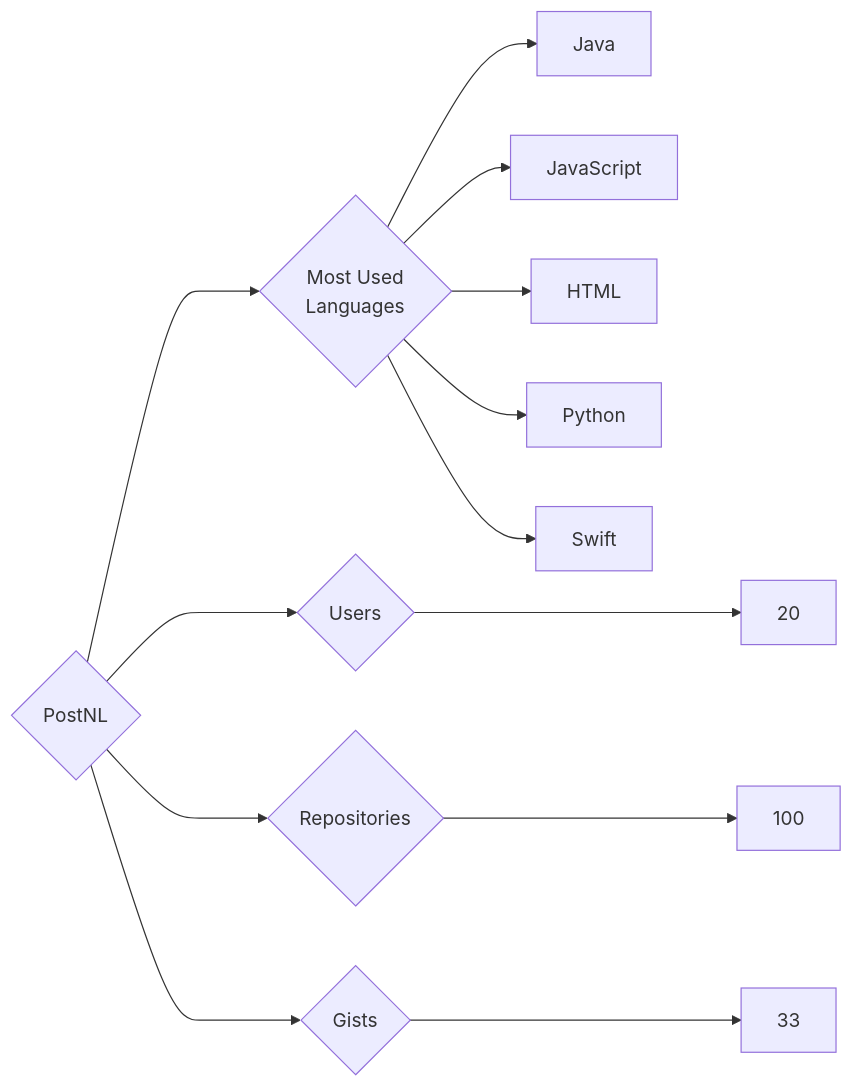
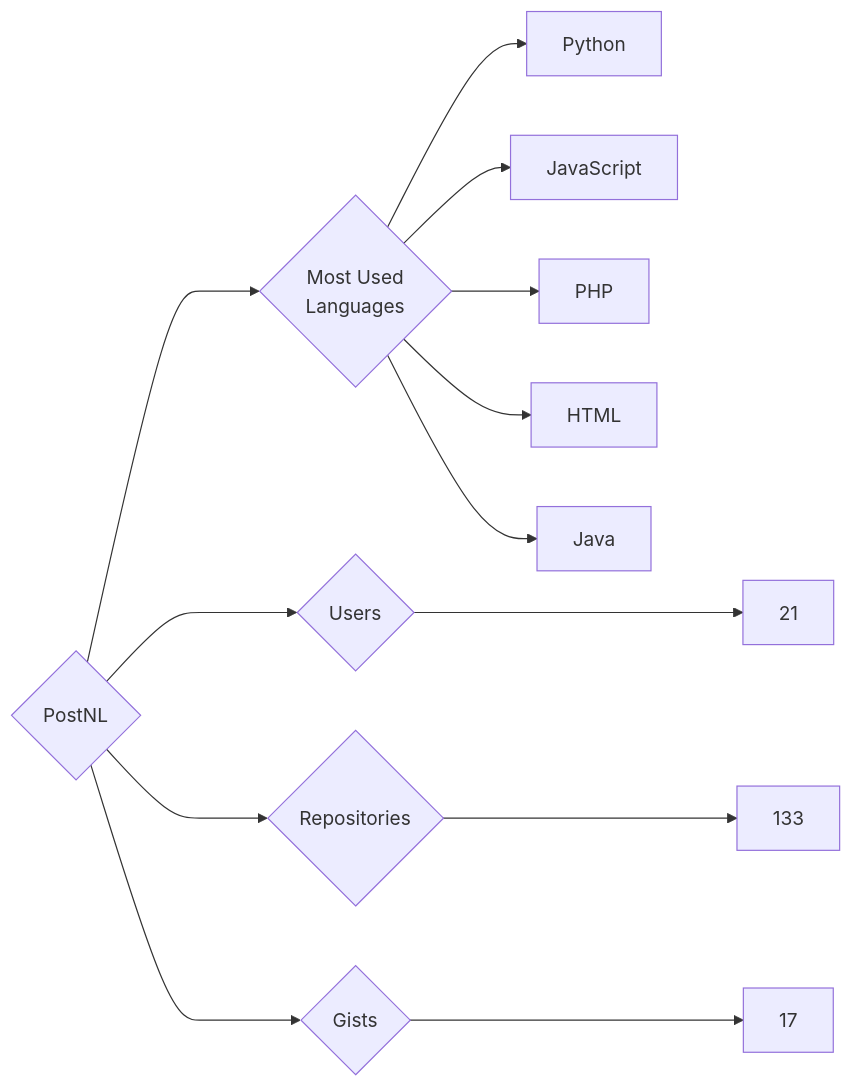
One commit to trickest/insiders changed the diagram in targets/PostNL/README.md. Above: the diagram before and after it, drawn with Mermaid. The commit also changed 903 other files, not shown here.

````diff
--- a/targets/PostNL/README.md
+++ b/targets/PostNL/README.md
@@ -3,13 +3,13 @@
 ```mermaid
 graph LR
 COMPANY_NAME{PostNL}
-COMPANY_NAME ---> U{Users} ---> UN[20]
-COMPANY_NAME ---> R{Repositories} ---> RN[100]
-COMPANY_NAME ---> G{Gists} ---> GN[33]
+COMPANY_NAME ---> U{Users} ---> UN[21]
+COMPANY_NAME ---> R{Repositories} ---> RN[133]
+COMPANY_NAME ---> G{Gists} ---> GN[17]
 COMPANY_NAME ---> ML{Most Used<br>Languages}
+ML --> Python[Python]
+ML --> JavaScript[JavaScript]
+ML --> PHP[PHP]
+ML --> HTML[HTML]
 ML --> Java[Java]
-ML --> JavaScript[JavaScript]
-ML --> HTML[HTML]
-ML --> Python[Python]
-ML --> Swift[Swift]
 ```
````
